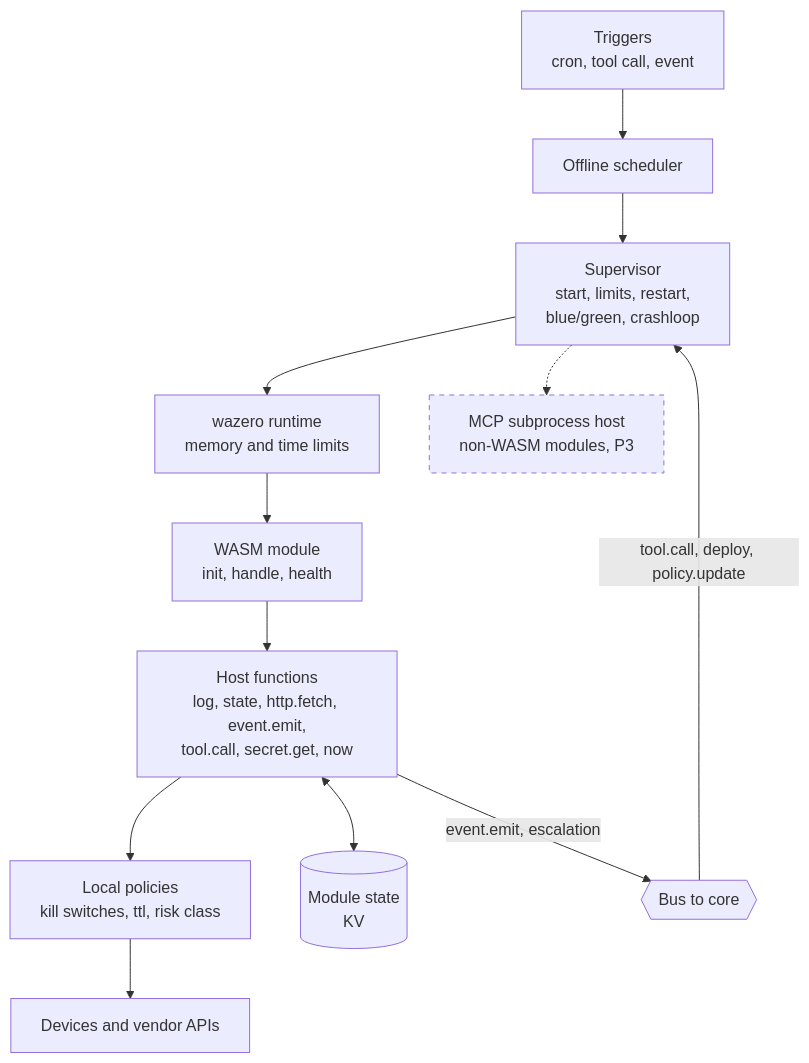
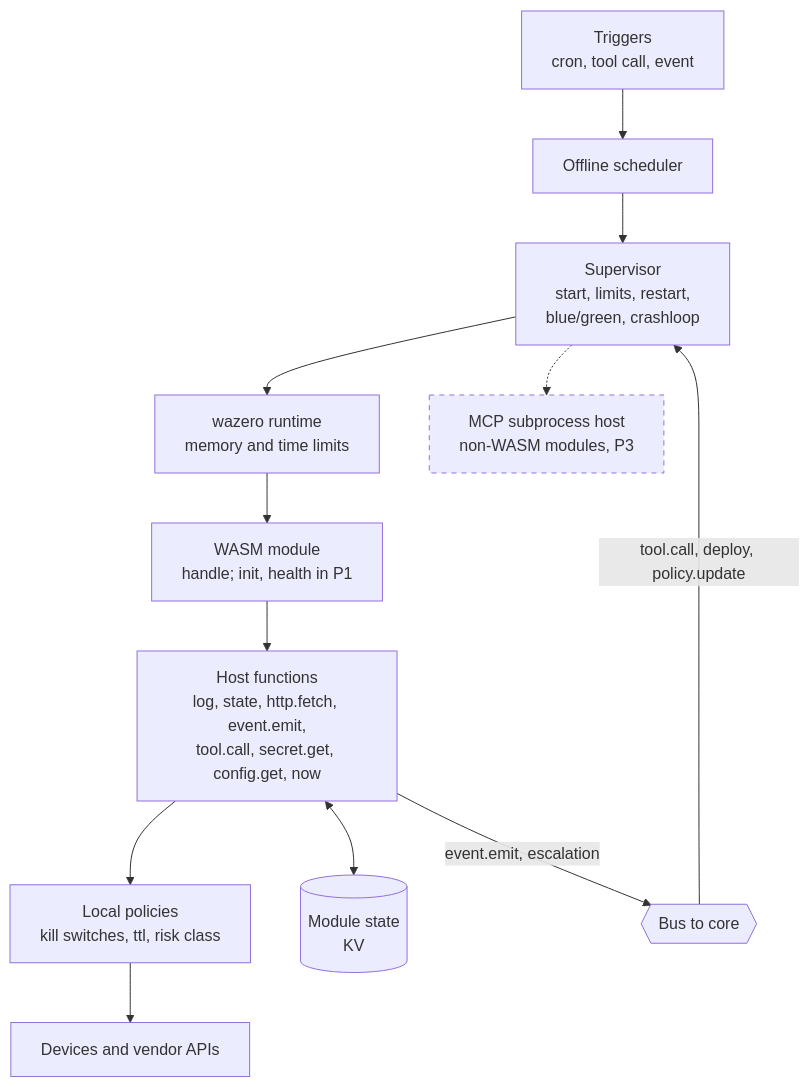
One commit to igorrius/ganglion changed the second of 3 diagrams in docs/architecture/03-components.md. Above: the diagram before and after it, drawn with Mermaid. The commit also changed 33 other files, not shown here.

````diff
--- a/docs/architecture/03-components.md
+++ b/docs/architecture/03-components.md
@@ -66,29 +66,29 @@
 ```mermaid
 flowchart TB
     trig["Triggers<br/>cron, tool call, event"]
     sched["Offline scheduler"]
     sup["Supervisor<br/>start, limits, restart,<br/>blue/green, crashloop"]
     wz["wazero runtime<br/>memory and time limits"]
-    mod["WASM module<br/>init, handle, health"]
-    host["Host functions<br/>log, state, http.fetch, event.emit,<br/>tool.call, secret.get, now"]
+    mod["WASM module<br/>handle; init, health in P1"]
+    host["Host functions<br/>log, state, http.fetch, event.emit,<br/>tool.call, secret.get, config.get, now"]
     pol["Local policies<br/>kill switches, ttl, risk class"]
     kv[("Module state<br/>KV")]
     mcp["MCP subprocess host<br/>non-WASM modules, P3"]
     bus{{"Bus to core"}}
     dev["Devices and vendor APIs"]
 
     trig --> sched
     sched --> sup
     sup --> wz
     wz --> mod
     mod --> host
     host --> pol
     pol --> dev
     host <--> kv
     host -- "event.emit, escalation" --> bus
     bus -- "tool.call, deploy, policy.update" --> sup
     sup -.-> mcp
 
     classDef planned stroke-dasharray: 5 5
     class mcp planned
 ```
````
